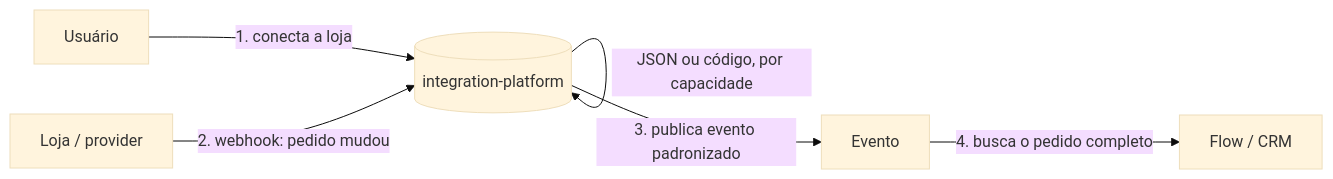
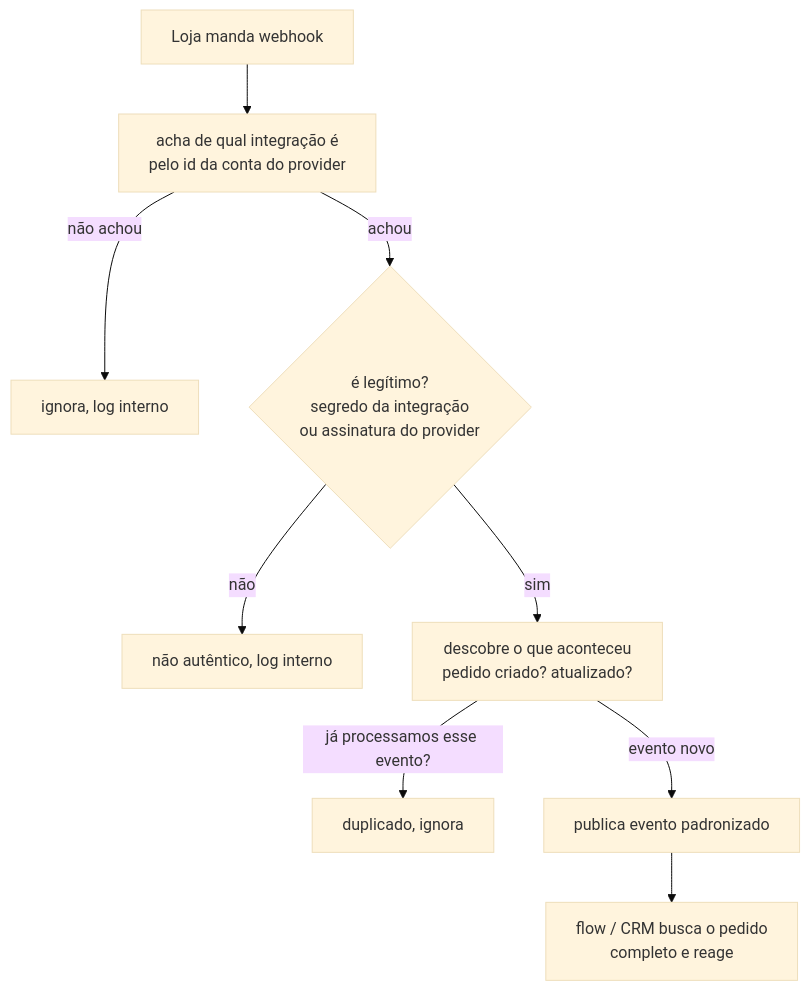
Before and after one commit to arthurhzk/arch-md: the third of 3 diagrams in README.md, drawn with Mermaid (base theme). The commit also changed other lines of this file, not shown here.

````diff
--- a/README.md
+++ b/README.md
@@ -51,8 +89,11 @@
 ```mermaid
-flowchart LR
-    U[Usuário] -->|1. conecta a loja| P[(integration-platform)]
-    L[Loja / provider] -->|2. webhook: pedido mudou| P
-    P -->|JSON ou código, por capacidade| P
-    P -->|3. publica evento padronizado| K[Evento]
-    K -->|4. busca o pedido completo| F[Flow / CRM]
+flowchart TB
+    W[Loja manda webhook] --> F[acha de qual integração é\npelo id da conta do provider]
+    F -->|não achou| I[ignora, log interno]
+    F -->|achou| AU{é legítimo?\nsegredo da integração\nou assinatura do provider}
+    AU -->|não| N[não autêntico, log interno]
+    AU -->|sim| EV[descobre o que aconteceu\npedido criado? atualizado?]
+    EV -->|já processamos esse evento?| DUP[duplicado, ignora]
+    EV -->|evento novo| PUB[publica evento padronizado]
+    PUB --> FLOW[flow / CRM busca o pedido\ncompleto e reage]
 ```
````
